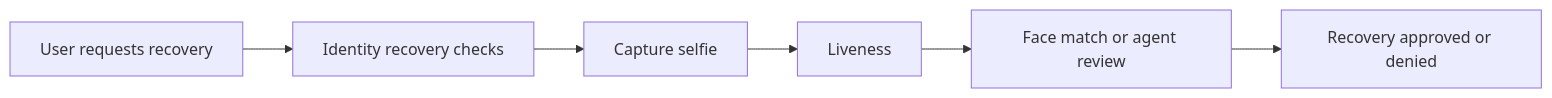
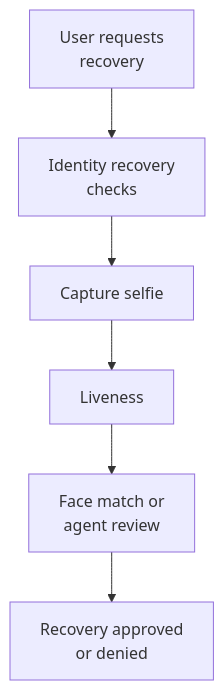
The fourth of 4 diagrams in docs/05-real-world-examples.md (Nivratti/ekyc-face-liveness-playbook), drawn with Mermaid before and after one commit. The commit also changed other lines of this file and 31 other files, not shown here.

Commit message:
docs: improve mermaid diagram readability by converting wide flows to vertical layouts

````diff
--- a/docs/05-real-world-examples.md
+++ b/docs/05-real-world-examples.md
@@ -135,8 +135,8 @@
 ```mermaid
-flowchart LR
-    A[User requests recovery] --> B[Identity recovery checks]
+flowchart TB
+    A[User requests<br/>recovery] --> B[Identity recovery<br/>checks]
     B --> C[Capture selfie]
     C --> D[Liveness]
-    D --> E[Face match or agent review]
-    E --> F[Recovery approved or denied]
+    D --> E[Face match or<br/>agent review]
+    E --> F[Recovery approved<br/>or denied]
 ```
````
